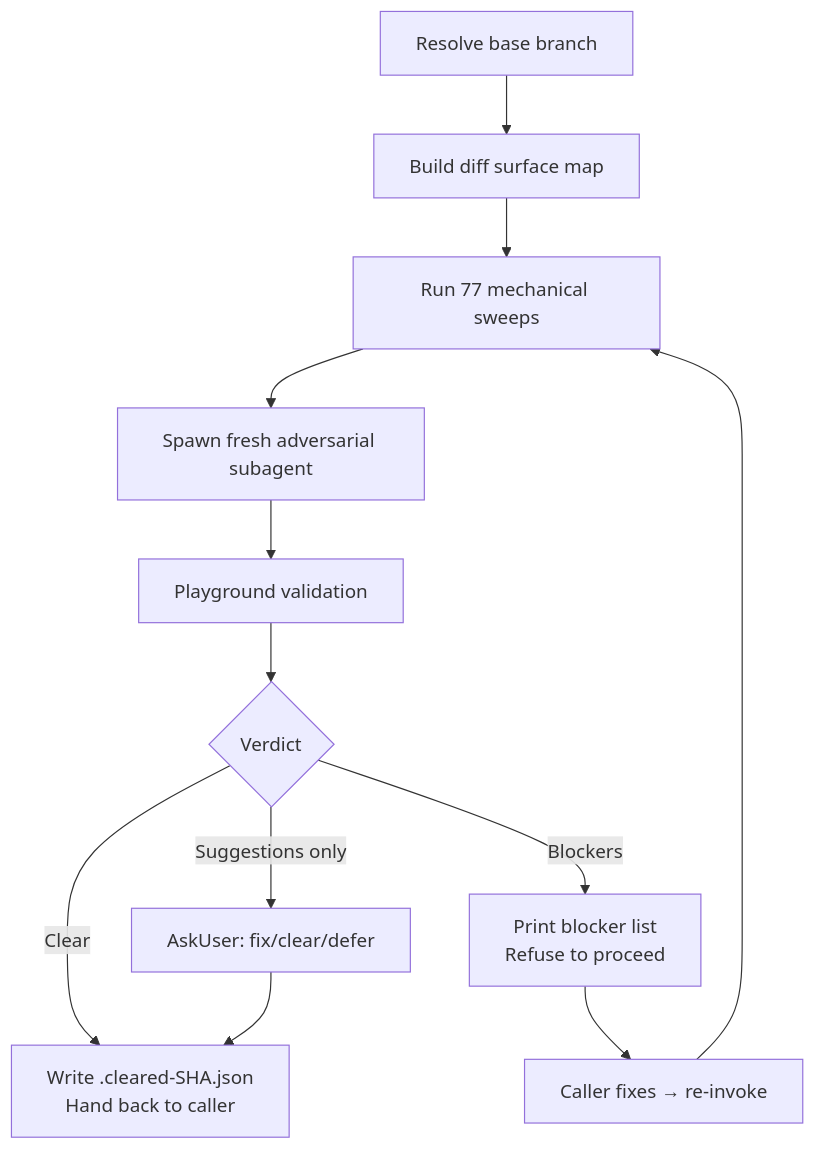
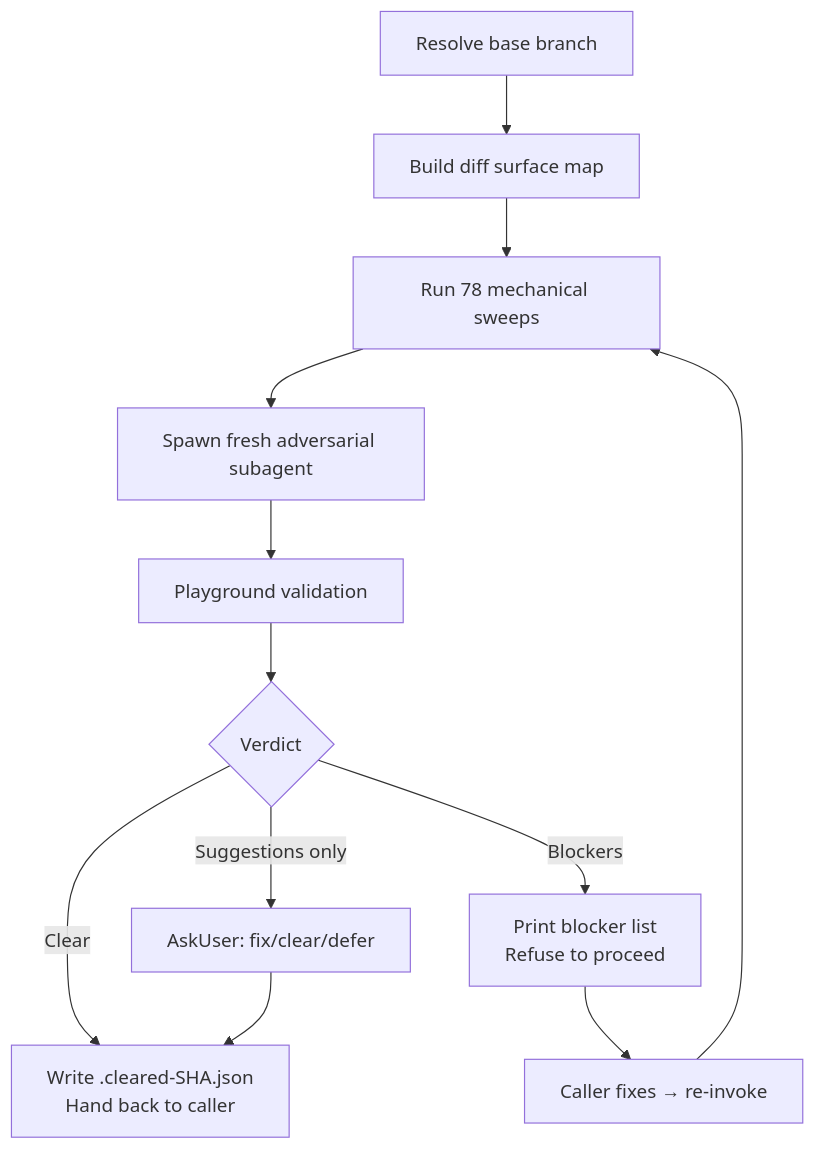
The diagram in skills/adversarial-review/README.md (whizzzkid/skills), drawn with Mermaid before and after one commit. The commit also changed other lines of this file and 15 other files, not shown here.

````diff
--- a/skills/adversarial-review/README.md
+++ b/skills/adversarial-review/README.md
@@ -16,14 +16,14 @@
 ```mermaid
 flowchart TD
     A[Resolve base branch] --> B[Build diff surface map]
-    B --> C[Run 77 mechanical sweeps]
+    B --> C[Run 78 mechanical sweeps]
     C --> D[Spawn fresh adversarial subagent]
     D --> E[Playground validation]
     E --> F{Verdict}
     F -->|Clear| G[Write .cleared-SHA.json<br/>Hand back to caller]
     F -->|Blockers| H[Print blocker list<br/>Refuse to proceed]
     F -->|Suggestions only| I[AskUser: fix/clear/defer]
     H --> J[Caller fixes → re-invoke]
     J --> C
     I --> G
 ```
````
